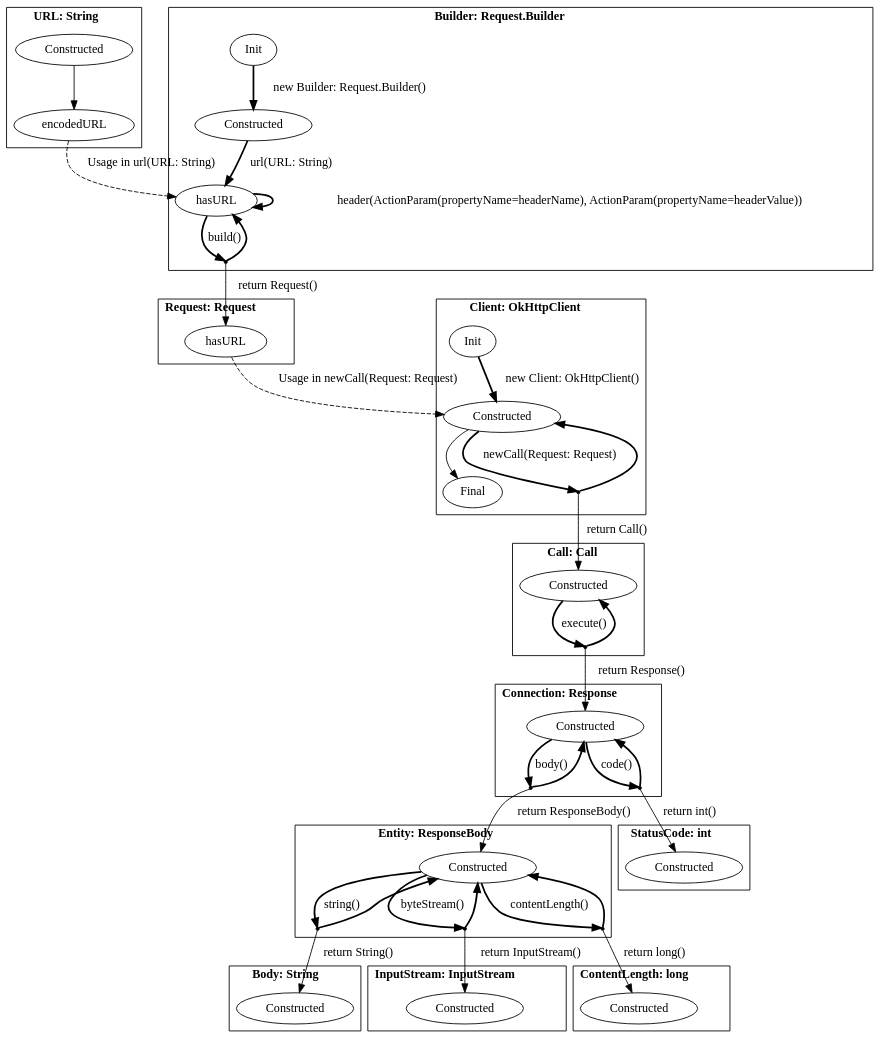
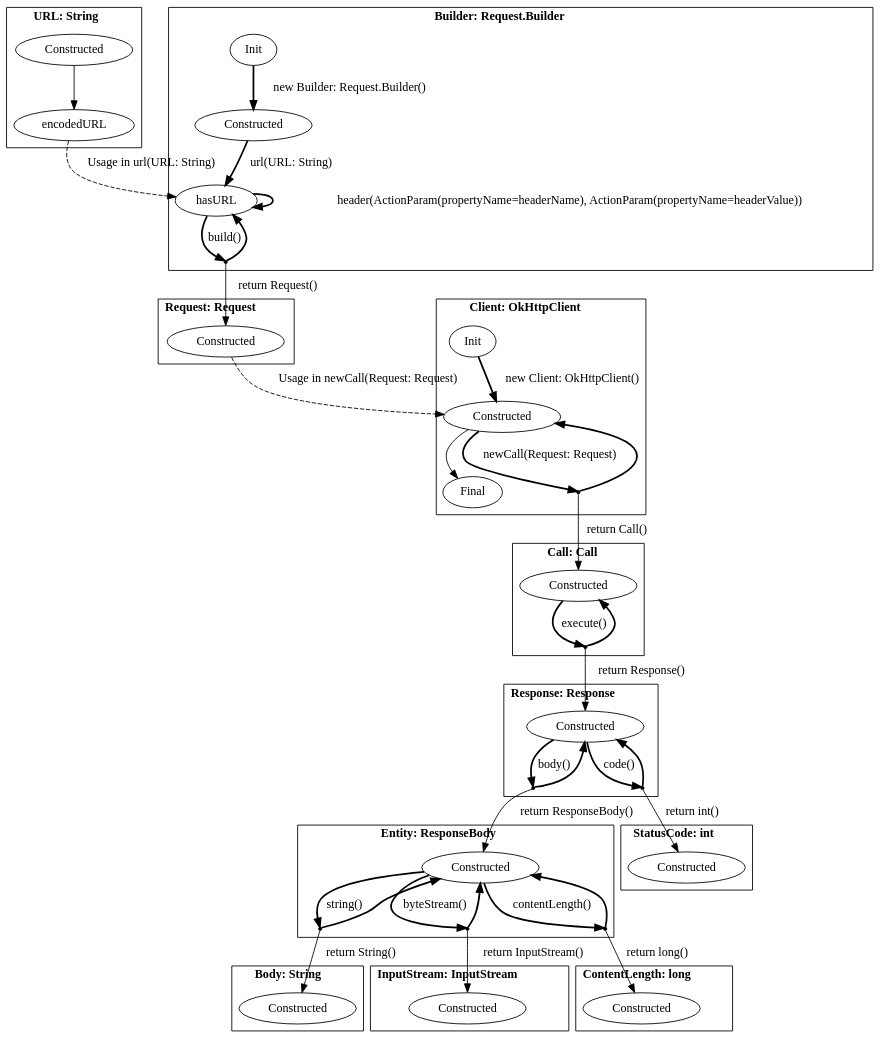
One commit to h31/LibraryMigration changed the diagram in pictures/okhttp.dot. Above: the diagram before and after it, drawn with Graphviz. The commit also changed 11 other files, not shown here.

```diff
--- a/pictures/okhttp.dot
+++ b/pictures/okhttp.dot
@@ -1,92 +1,92 @@
 digraph G {
     bgcolor="transparent";
     subgraph cluster0 {
     label = <<B>URL: String</B>>;
         Constructed_URL [ label="Constructed" ];
         encodedURL_URL [ label="encodedURL" ];
     }
     subgraph cluster1 {
     label = <<B>Request: Request</B>>;
-        hasURL_Request [ label="hasURL" ];
+        Constructed_Request [ label="Constructed" ];
     }
     subgraph cluster2 {
     label = <<B>Client: OkHttpClient</B>>;
         Constructed_Client [ label="Constructed" ];
         Init_Client [ label="Init" ];
         Final_Client [ label="Final" ];
         virtual0 [ shape = point ];
     }
     subgraph cluster3 {
-    label = <<B>Connection: Response</B>>;
-        Constructed_Connection [ label="Constructed" ];
+    label = <<B>Response: Response</B>>;
+        Constructed_Response [ label="Constructed" ];
         virtual1 [ shape = point ];
         virtual2 [ shape = point ];
     }
     subgraph cluster4 {
     label = <<B>Body: String</B>>;
         Constructed_Body [ label="Constructed" ];
     }
     subgraph cluster5 {
     label = <<B>InputStream: InputStream</B>>;
         Constructed_InputStream [ label="Constructed" ];
     }
     subgraph cluster6 {
     label = <<B>ContentLength: long</B>>;
         Constructed_ContentLength [ label="Constructed" ];
     }
     subgraph cluster7 {
     label = <<B>Entity: ResponseBody</B>>;
         Constructed_Entity [ label="Constructed" ];
         virtual3 [ shape = point ];
         virtual4 [ shape = point ];
         virtual5 [ shape = point ];
     }
     subgraph cluster8 {
     label = <<B>Builder: Request.Builder</B>>;
         Constructed_Builder [ label="Constructed" ];
         Init_Builder [ label="Init" ];
         hasURL_Builder [ label="hasURL" ];
         virtual6 [ shape = point ];
     }
     subgraph cluster9 {
     label = <<B>Call: Call</B>>;
         Constructed_Call [ label="Constructed" ];
         virtual7 [ shape = point ];
     }
     subgraph cluster10 {
     label = <<B>StatusCode: int</B>>;
         Constructed_StatusCode [ label="Constructed" ];
     }
         Constructed_URL -> encodedURL_URL [ label="", style = "solid"  ];
         encodedURL_URL -> hasURL_Builder [ label="Usage in url(URL: String)", style = "dashed"  ];
-        hasURL_Request -> Constructed_Client [ label="Usage in newCall(Request: Request)", style = "dashed"  ];
+        Constructed_Request -> Constructed_Client [ label="Usage in newCall(Request: Request)", style = "dashed"  ];
         Init_Client -> Constructed_Client [ label="new Client: OkHttpClient()", style = "bold"  ];
         Constructed_Client -> virtual0 [ style = "bold" label="newCall(Request: Request)"  ];
         virtual0 -> Constructed_Client [ style = "bold"  ];
         virtual0 -> Constructed_Call [ label="return Call()"  ];
         Constructed_Client -> Final_Client [ label="", style = "solid"  ];
-        Constructed_Connection -> virtual1 [ style = "bold" label="body()"  ];
-        virtual1 -> Constructed_Connection [ style = "bold"  ];
+        Constructed_Response -> virtual1 [ style = "bold" label="body()"  ];
+        virtual1 -> Constructed_Response [ style = "bold"  ];
         virtual1 -> Constructed_Entity [ label="return ResponseBody()"  ];
-        Constructed_Connection -> virtual2 [ style = "bold" label="code()"  ];
-        virtual2 -> Constructed_Connection [ style = "bold"  ];
+        Constructed_Response -> virtual2 [ style = "bold" label="code()"  ];
+        virtual2 -> Constructed_Response [ style = "bold"  ];
         virtual2 -> Constructed_StatusCode [ label="return int()"  ];
         Constructed_Entity -> virtual3 [ style = "bold" label="string()"  ];
         virtual3 -> Constructed_Entity [ style = "bold"  ];
         virtual3 -> Constructed_Body [ label="return String()"  ];
         Constructed_Entity -> virtual4 [ style = "bold" label="byteStream()"  ];
         virtual4 -> Constructed_Entity [ style = "bold"  ];
         virtual4 -> Constructed_InputStream [ label="return InputStream()"  ];
         Constructed_Entity -> virtual5 [ style = "bold" label="contentLength()"  ];
         virtual5 -> Constructed_Entity [ style = "bold"  ];
         virtual5 -> Constructed_ContentLength [ label="return long()"  ];
         Init_Builder -> Constructed_Builder [ label="new Builder: Request.Builder()", style = "bold"  ];
         Constructed_Builder -> hasURL_Builder [ label="url(URL: String)", style = "bold"  ];
         hasURL_Builder -> hasURL_Builder [ label="header(ActionParam(propertyName&#x3D;headerName), ActionParam(propertyName&#x3D;headerValue))", style = "bold"  ];
         hasURL_Builder -> virtual6 [ style = "bold" label="build()"  ];
         virtual6 -> hasURL_Builder [ style = "bold"  ];
-        virtual6 -> hasURL_Request [ label="return Request()"  ];
+        virtual6 -> Constructed_Request [ label="return Request()"  ];
         Constructed_Call -> virtual7 [ style = "bold" label="execute()"  ];
         virtual7 -> Constructed_Call [ style = "bold"  ];
-        virtual7 -> Constructed_Connection [ label="return Response()"  ];
+        virtual7 -> Constructed_Response [ label="return Response()"  ];
 }
```
